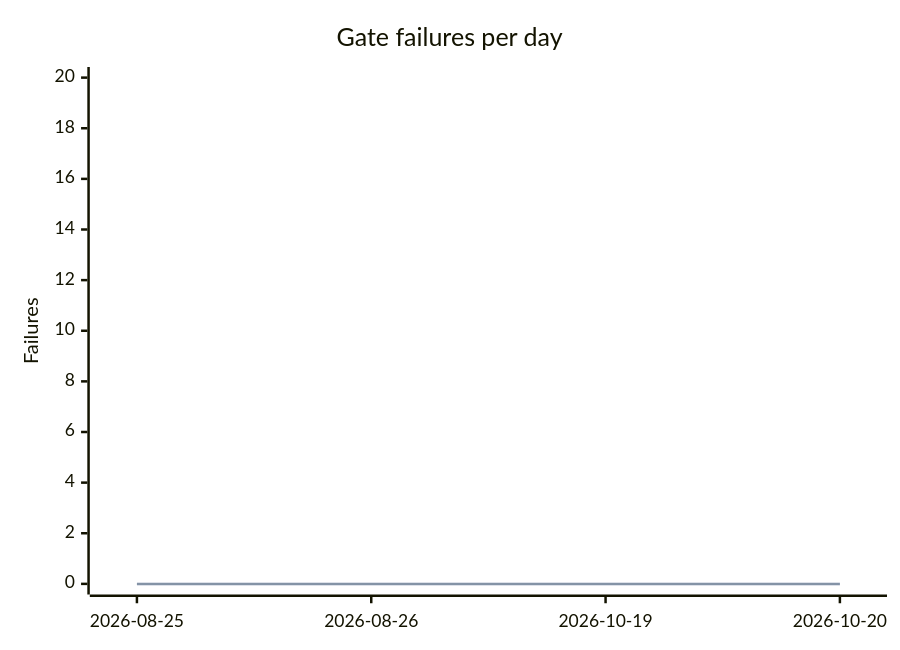
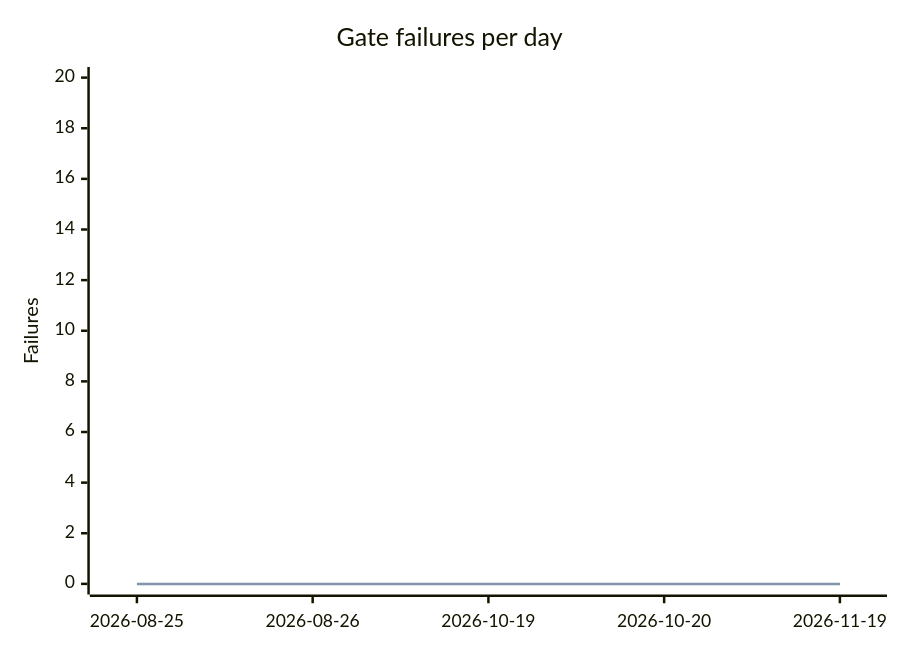
Before and after one commit to Mohammed-Alama/php-arazzo: the diagram in docs/generated/gate-trend.md, drawn with Mermaid. The commit also changed other lines of this file and 29 other files, not shown here.

First line of the commit message:
fix(document): schema-vs-prose overrides in OfficialSchemaRule

````diff
--- a/docs/generated/gate-trend.md
+++ b/docs/generated/gate-trend.md
@@ -13,8 +13,8 @@
 ```mermaid
 xychart-beta
     title "Gate failures per day"
-    x-axis ["2026-08-25", "2026-08-26", "2026-10-19", "2026-10-20"]
+    x-axis ["2026-08-25", "2026-08-26", "2026-10-19", "2026-10-20", "2026-11-19"]
     y-axis "Failures" 0 --> 20
-    line "PHPStan errors" [0, 0, 0, 0]
-    line "Test failures" [0, 0, 0, 0]
+    line "PHPStan errors" [0, 0, 0, 0, 0]
+    line "Test failures" [0, 0, 0, 0, 0]
 ```
````
